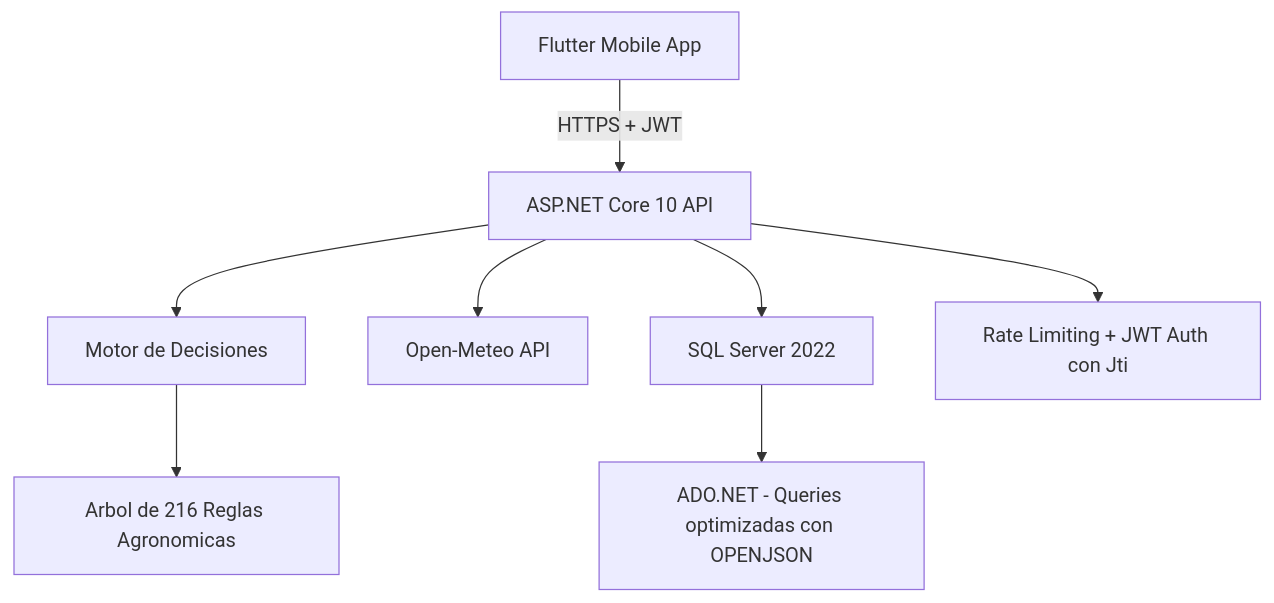
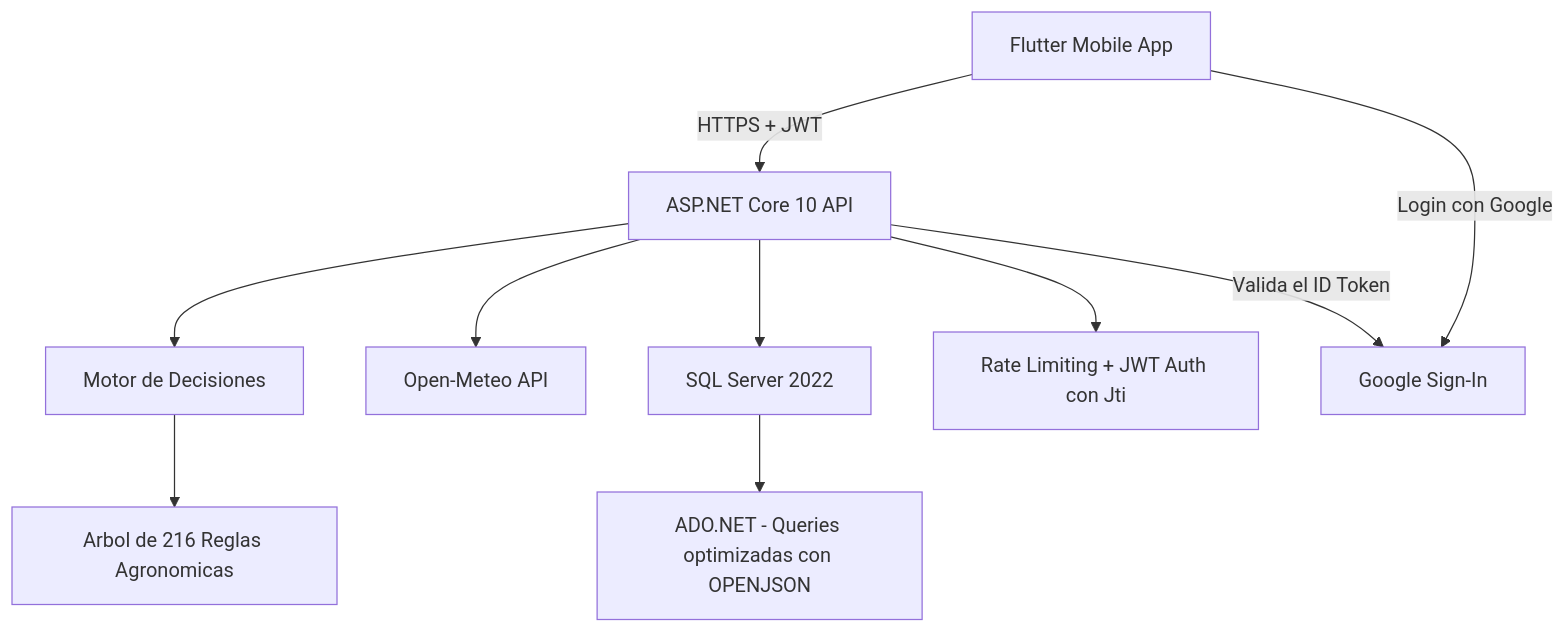
One commit to Abemilek/CosechaClima changed the diagram in README.md. Above: the diagram before and after it, drawn with Mermaid. The commit also changed other lines of this file, not shown here.

````diff
--- a/README.md
+++ b/README.md
@@ -53,10 +55,12 @@
 ```mermaid
 flowchart TD
     A["Flutter Mobile App"] -->|"HTTPS + JWT"| B["ASP.NET Core 10 API"]
     B --> C["Motor de Decisiones"]
     C --> D["Arbol de 216 Reglas Agronomicas"]
     B --> E["Open-Meteo API"]
     B --> F["SQL Server 2022"]
     F --> G["ADO.NET - Queries optimizadas con OPENJSON"]
     B --> H["Rate Limiting + JWT Auth con Jti"]
+    A -->|"Login con Google"| I["Google Sign-In"]
+    B -->|"Valida el ID Token"| I
 ```
````
